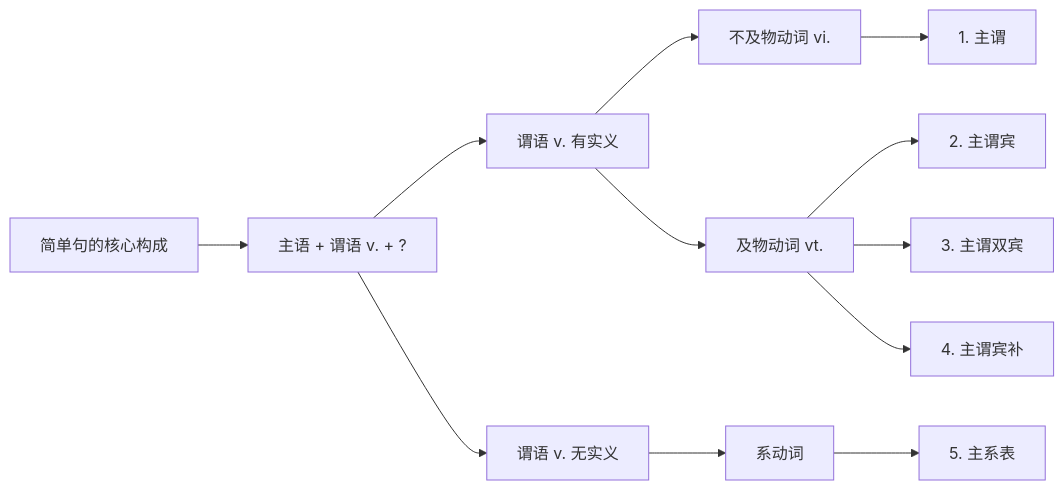
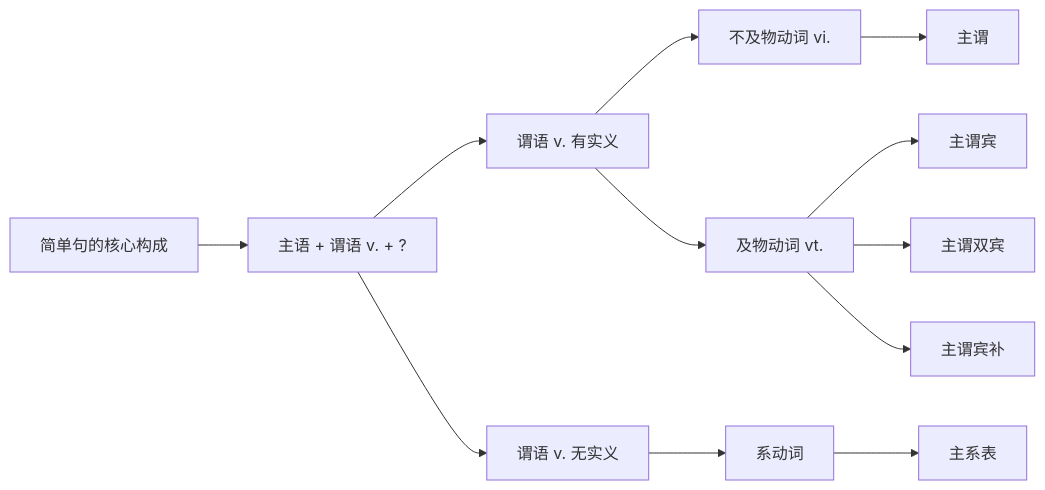
Before and after one commit to Aiubg/aiubg.github.io: the diagram in docs/考研英语/如何表达一件事——简单句/简单句的核心/简单句的核心构成.md, drawn with Mermaid. The commit also changed other lines of this file and 3 other files, not shown here.

````diff
--- a/docs/考研英语/如何表达一件事——简单句/简单句的核心/简单句的核心构成.md
+++ b/docs/考研英语/如何表达一件事——简单句/简单句的核心/简单句的核心构成.md
@@ -208,17 +215,17 @@
 ```mermaid
 graph LR
     A["简单句的核心构成"] --> B["主语 + 谓语 v. + ?"]
 
     B --> C["谓语 v. 有实义"]
     C --> D["不及物动词 vi."]
-    D --> E["1. 主谓"]
+    D --> E["主谓"]
 
     C --> F["及物动词 vt."]
-    F --> G["2. 主谓宾"]
-    F --> H["3. 主谓双宾"]
-    F --> I["4. 主谓宾补"]
+    F --> G["主谓宾"]
+    F --> H["主谓双宾"]
+    F --> I["主谓宾补"]
 
     B --> J["谓语 v. 无实义"]
     J --> K["系动词"]
-    K --> L["5. 主系表"]
+    K --> L["主系表"]
 ```
````
